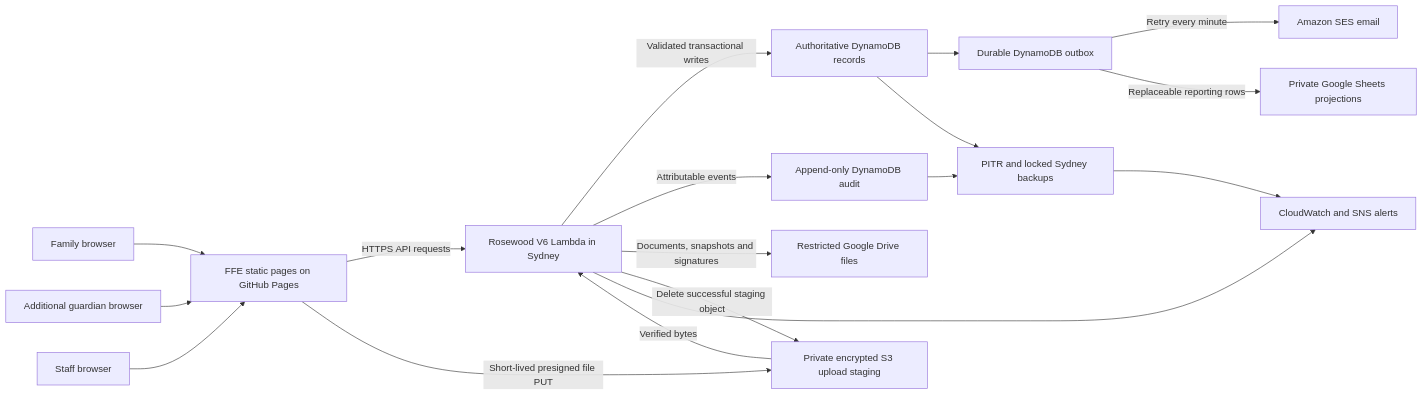
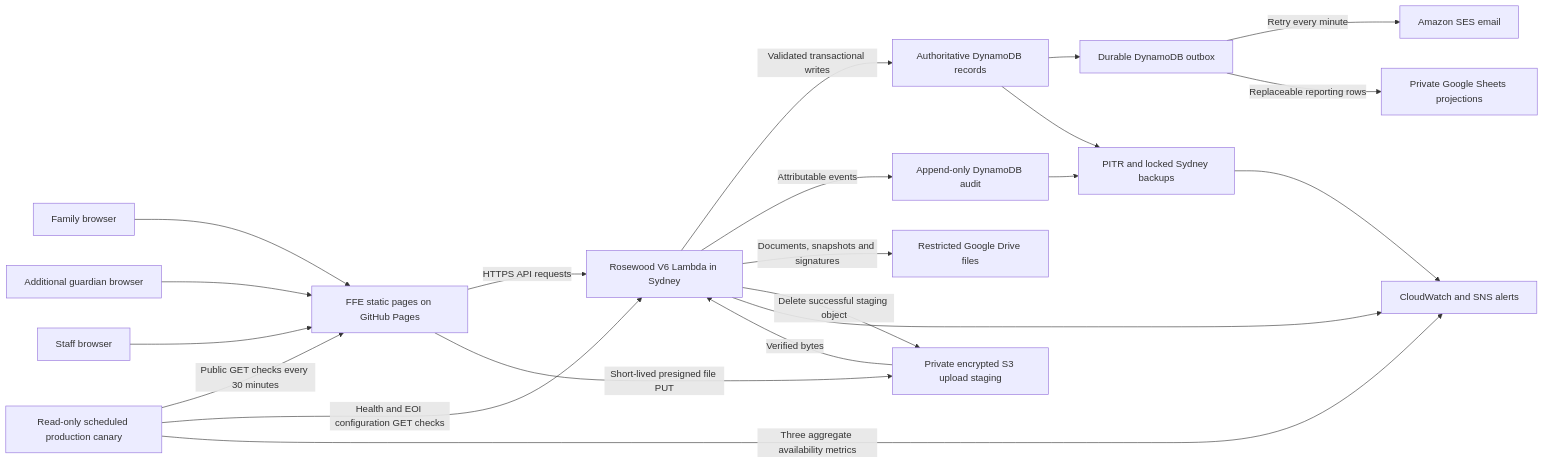
Before and after one commit to Martin-Reinoso/independentschoolwest: the first of 14 diagrams in Rosewood enrolment/v6/DATA-PROCESS-MAP.md, drawn with Mermaid. The commit also changed other lines of this file and 12 other files, not shown here.

````diff
--- a/Rosewood enrolment/v6/DATA-PROCESS-MAP.md
+++ b/Rosewood enrolment/v6/DATA-PROCESS-MAP.md
@@ -50,35 +50,39 @@
 ```mermaid
 flowchart LR
     Family["Family browser"]
     Guardian["Additional guardian browser"]
     Staff["Staff browser"]
     Pages["FFE static pages on GitHub Pages"]
     Lambda["Rosewood V6 Lambda in Sydney"]
     MainDB["Authoritative DynamoDB records"]
     AuditDB["Append-only DynamoDB audit"]
     Staging["Private encrypted S3 upload staging"]
     Drive["Restricted Google Drive files"]
     Outbox["Durable DynamoDB outbox"]
     SES["Amazon SES email"]
     Sheets["Private Google Sheets projections"]
     Backup["PITR and locked Sydney backups"]
+    Canary["Read-only scheduled production canary"]
     Alerts["CloudWatch and SNS alerts"]
 
     Family --> Pages
     Guardian --> Pages
     Staff --> Pages
     Pages -->|"HTTPS API requests"| Lambda
     Pages -->|"Short-lived presigned file PUT"| Staging
     Lambda -->|"Validated transactional writes"| MainDB
     Lambda -->|"Attributable events"| AuditDB
     Staging -->|"Verified bytes"| Lambda
     Lambda -->|"Documents, snapshots and signatures"| Drive
     Lambda -->|"Delete successful staging object"| Staging
     MainDB --> Outbox
     Outbox -->|"Retry every minute"| SES
     Outbox -->|"Replaceable reporting rows"| Sheets
     MainDB --> Backup
     AuditDB --> Backup
+    Canary -->|"Public GET checks every 30 minutes"| Pages
+    Canary -->|"Health and EOI configuration GET checks"| Lambda
+    Canary -->|"Three aggregate availability metrics"| Alerts
     Lambda --> Alerts
     Backup --> Alerts
 ```
````
